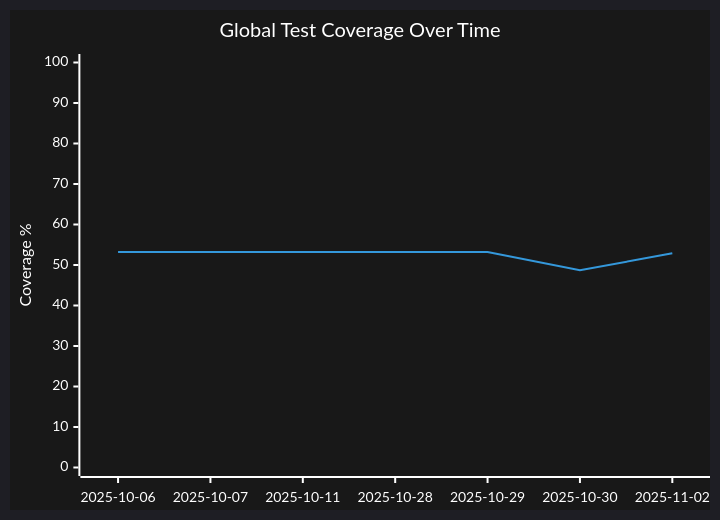
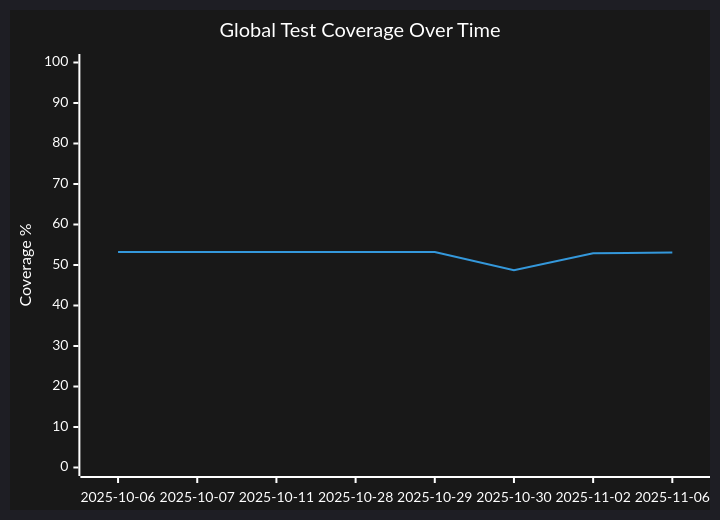
One commit to dianlight/srat changed the third of 3 diagrams in docs/TEST_COVERAGE.md. Above: the diagram before and after it, drawn with Mermaid. The commit also changed other lines of this file and 1 other file, not shown here.

````diff
--- a/docs/TEST_COVERAGE.md
+++ b/docs/TEST_COVERAGE.md
@@ -181,8 +181,8 @@
 ```mermaid
 %%{init: {'theme':'dark', 'themeVariables': { 'primaryColor':'#222','primaryTextColor':'#fff','primaryBorderColor':'#388E3C','lineColor':'#2196F3','secondaryColor':'#FFC107','tertiaryColor':'#fff','background':'#181818'}}}%%
 xychart-beta
   title "Global Test Coverage Over Time"
-  x-axis [2025-10-06, 2025-10-07, 2025-10-11, 2025-10-28, 2025-10-29, 2025-10-30, 2025-11-02]
+  x-axis [2025-10-06, 2025-10-07, 2025-10-11, 2025-10-28, 2025-10-29, 2025-10-30, 2025-11-02, 2025-11-06]
   y-axis "Coverage %" 0 --> 100
-  line [53.2, 53.2, 53.2, 53.2, 53.2, 48.7, 52.9]
+  line [53.2, 53.2, 53.2, 53.2, 53.2, 48.7, 52.9, 53.1]
 ```
````
